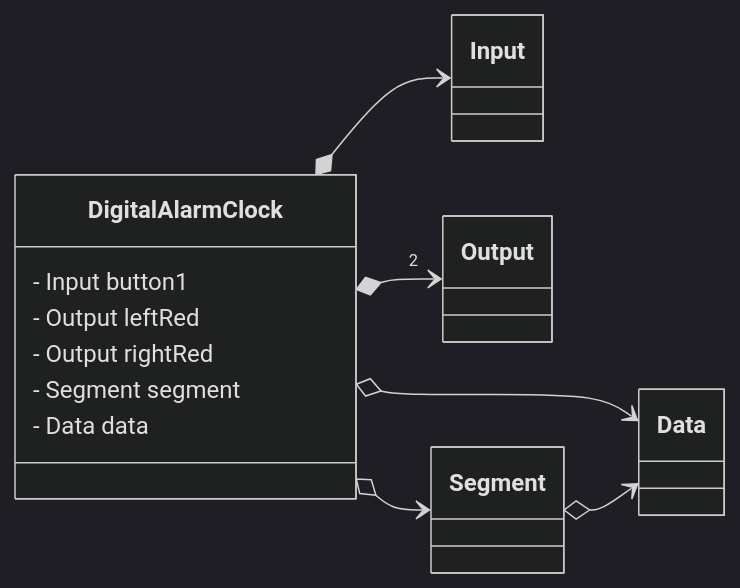
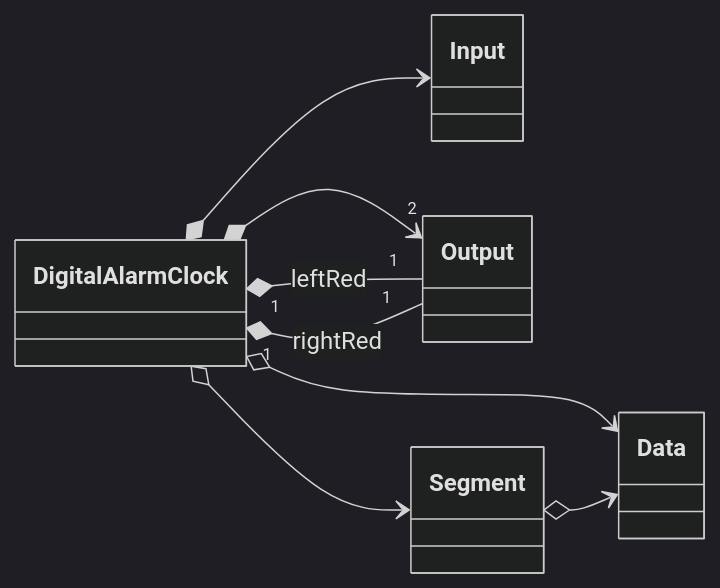
The third of 3 diagrams in README.md (vermilion9312/digital-alarm-clock), drawn with Mermaid (dark theme) before and after one commit.

Commit message:
Remove unused inputs and outputs from DigitalAlarmClock

````diff
--- a/README.md
+++ b/README.md
@@ -79,33 +79,30 @@
 ```mermaid
 classDiagram
 direction LR
 
 class Input {
 }
 
 class Output {
 }
 
 class Segment {
 }
 
 class Data {
 }
 
 class DigitalAlarmClock {
-    - Input button1
-
-    - Output leftRed
-    - Output rightRed
-
-    - Segment segment
-    - Data data
 }
 
 DigitalAlarmClock *--> Input
 DigitalAlarmClock *--> "2" Output
 DigitalAlarmClock o--> Segment
 DigitalAlarmClock o--> Data
 Segment o--> Data
 
+DigitalAlarmClock "1" *-- "1" Output : leftRed
+    DigitalAlarmClock "1" *-- "1" Output : rightRed
+
+
 ```
````
